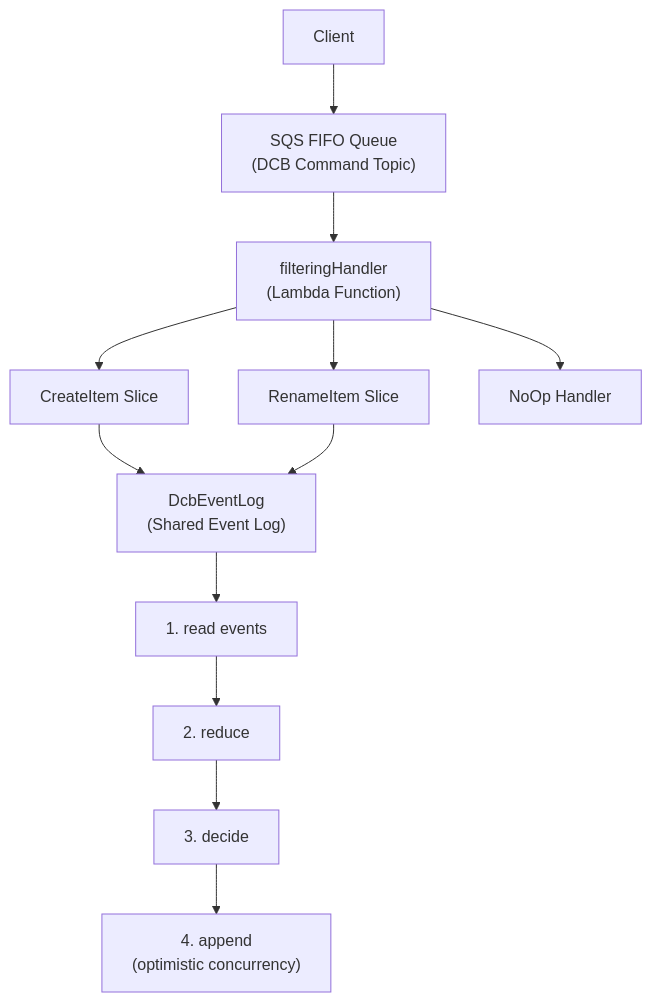
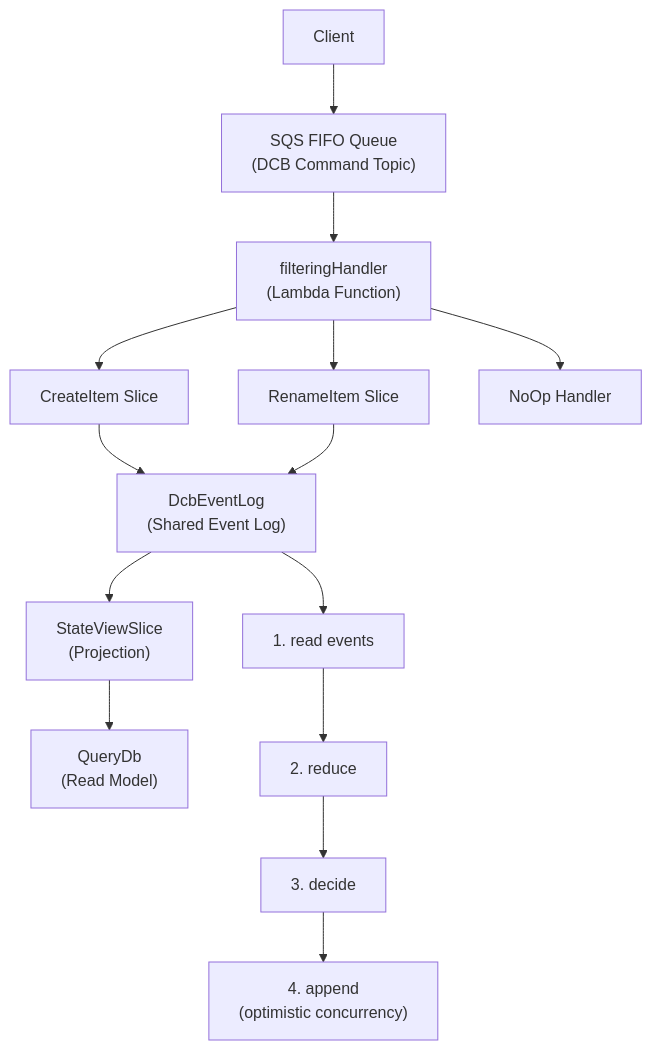
The diagram in packages/doc/docs/architecture/dcb.md (ReventlessDev/reventless-core), drawn with Mermaid before and after one commit. The commit also changed other lines of this file and 1 other file, not shown here.

First line of the commit message:
docs: update DCB documentation with StateViewSlice support

````diff
--- a/packages/doc/docs/architecture/dcb.md
+++ b/packages/doc/docs/architecture/dcb.md
@@ -7,21 +7,26 @@
 ```mermaid
 flowchart TD
     Client["Client"] --> SQS["SQS FIFO Queue
 (DCB Command Topic)"]
     SQS --> Handler["filteringHandler
 (Lambda Function)"]
     
     Handler --> Slice1["CreateItem Slice"]
     Handler --> Slice2["RenameItem Slice"]
     Handler --> Handler3["NoOp Handler"]
     
     Slice1 --> EventLog["DcbEventLog
 (Shared Event Log)"]
     Slice2 --> EventLog
     
+    EventLog --> ViewSlice["StateViewSlice
+(Projection)"]
+    ViewSlice --> QueryDb["QueryDb
+(Read Model)"]
+    
     EventLog --> Read["1. read events"]
     Read --> Reduce["2. reduce"]
     Reduce --> Decide["3. decide"]
     Decide --> Append["4. append
 (optimistic concurrency)"]
 ```
````
